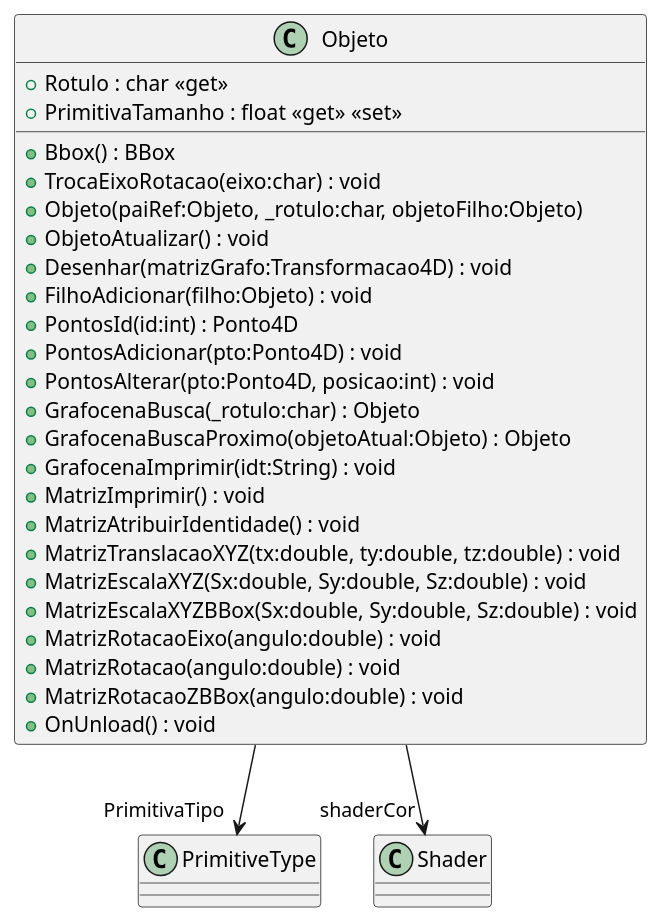
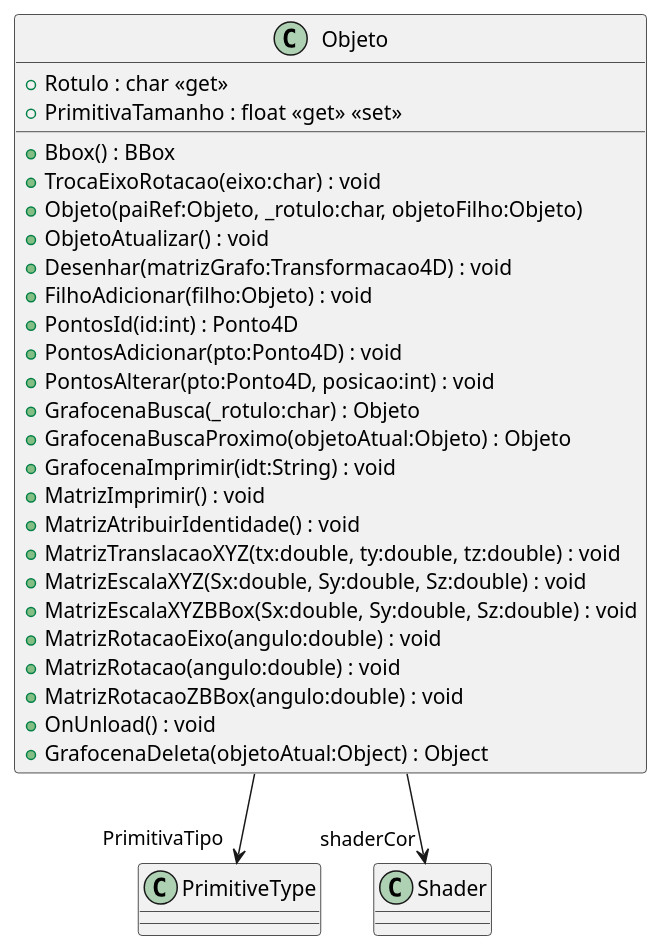
One commit to gcgfurb/disciplinaCg_2023-1_not_equipe-01 changed the diagram in Unidade3/Atividade3/CG_N3/plantuml/Objeto.puml. Above: the diagram before and after it, drawn with PlantUML.

Commit message:
correcao uml

```diff
--- a/Unidade3/Atividade3/CG_N3/plantuml/Objeto.puml
+++ b/Unidade3/Atividade3/CG_N3/plantuml/Objeto.puml
@@ -1,29 +1,30 @@
 @startuml name
 class Objeto {
     + Rotulo : char <<get>>
     + PrimitivaTamanho : float <<get>> <<set>>
     + Bbox() : BBox
     + TrocaEixoRotacao(eixo:char) : void
     + Objeto(paiRef:Objeto, _rotulo:char, objetoFilho:Objeto)
     + ObjetoAtualizar() : void
     + Desenhar(matrizGrafo:Transformacao4D) : void
     + FilhoAdicionar(filho:Objeto) : void
     + PontosId(id:int) : Ponto4D
     + PontosAdicionar(pto:Ponto4D) : void
     + PontosAlterar(pto:Ponto4D, posicao:int) : void
     + GrafocenaBusca(_rotulo:char) : Objeto
     + GrafocenaBuscaProximo(objetoAtual:Objeto) : Objeto
     + GrafocenaImprimir(idt:String) : void
     + MatrizImprimir() : void
     + MatrizAtribuirIdentidade() : void
     + MatrizTranslacaoXYZ(tx:double, ty:double, tz:double) : void
     + MatrizEscalaXYZ(Sx:double, Sy:double, Sz:double) : void
     + MatrizEscalaXYZBBox(Sx:double, Sy:double, Sz:double) : void
     + MatrizRotacaoEixo(angulo:double) : void
     + MatrizRotacao(angulo:double) : void
     + MatrizRotacaoZBBox(angulo:double) : void
     + OnUnload() : void
+    + GrafocenaDeleta(objetoAtual:Object) : Object
 }
 Objeto --> "PrimitivaTipo" PrimitiveType
 Objeto --> "shaderCor" Shader
 @enduml
```
